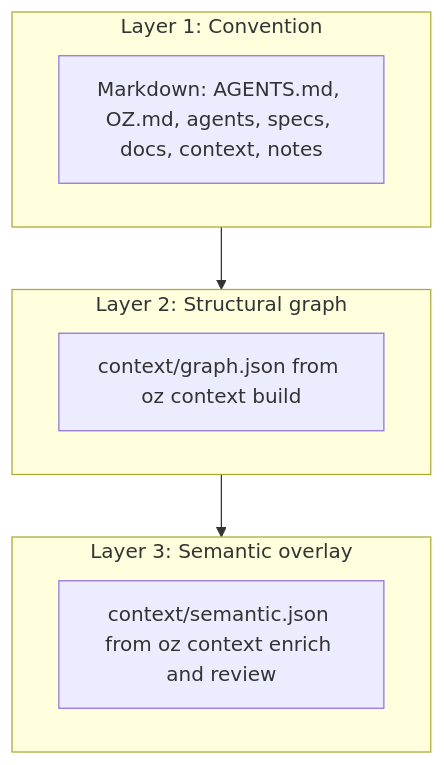
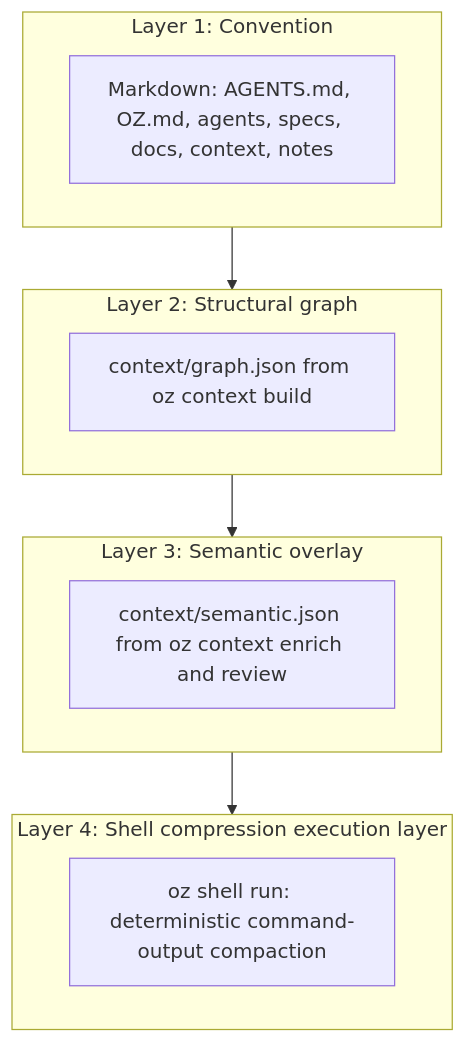
The first of 7 diagrams in docs/architecture.md (joaoajmatos/oz), drawn with Mermaid before and after one commit. The commit also changed other lines of this file and 5 other files, not shown here.

First line of the commit message:
Enhance architecture documentation and introduce shell compression layer

````diff
--- a/docs/architecture.md
+++ b/docs/architecture.md
@@ -18,14 +18,18 @@
 ```mermaid
 flowchart TB
   subgraph layerConv ["Layer 1: Convention"]
     conv["Markdown: AGENTS.md, OZ.md, agents, specs, docs, context, notes"]
   end
   subgraph layerGraph ["Layer 2: Structural graph"]
     graphJson["context/graph.json from oz context build"]
   end
   subgraph layerSem ["Layer 3: Semantic overlay"]
     sem["context/semantic.json from oz context enrich and review"]
   end
+  subgraph layerExec ["Layer 4: Shell compression execution layer"]
+    shell["oz shell run: deterministic command-output compaction"]
+  end
   layerConv --> layerGraph
   layerGraph --> layerSem
+  layerSem --> layerExec
 ```
````
